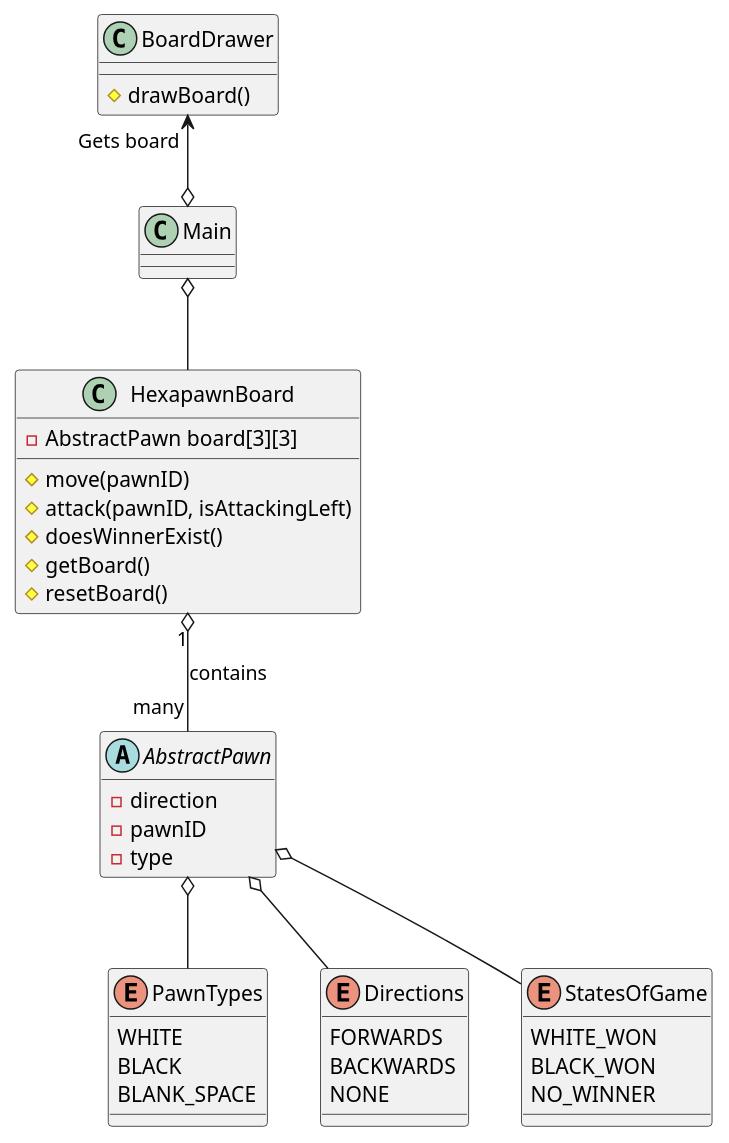
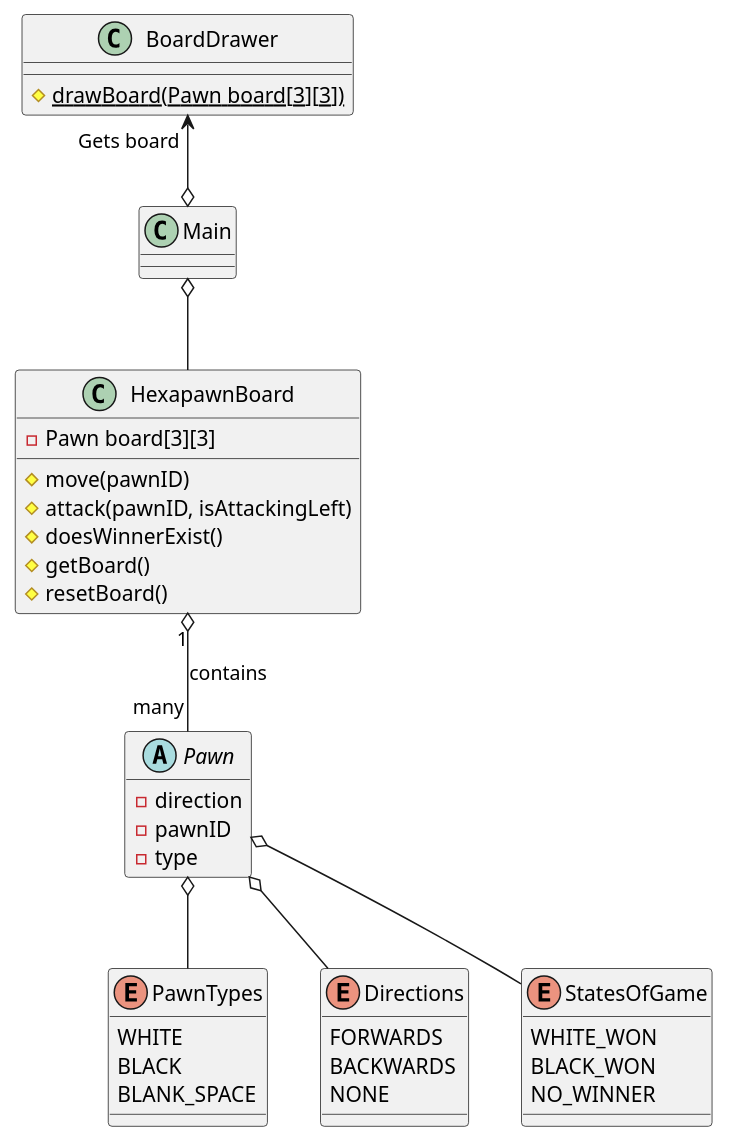
Before and after one commit to builderJP/hexapawn: the diagram in src/HexapawnClassDiagram.puml, drawn with PlantUML.

Commit message:
Docs: Updated UML Diagram

```diff
--- a/src/HexapawnClassDiagram.puml
+++ b/src/HexapawnClassDiagram.puml
@@ -1,73 +1,73 @@
 @startuml
 'https://plantuml.com/class-diagram
 
 
-abstract class AbstractPawn{
+abstract class Pawn{
     - direction
     - {field} pawnID
     - type
     attack(isAttackingLeft)
     move()
 }
 
 class PlayerPawn{
     direction = up
     # pawnID = 1, 2, or 3
     type = PLAYER
 }
 
 class AIPawn{
     direction = down
     # pawnID = -1, -2, or -3
     type = AI
 }
 
 class HexapawnBoard{
-    - AbstractPawn board[3][3]
+    - Pawn board[3][3]
     # move(pawnID)
     # attack(pawnID, isAttackingLeft)
     # doesWinnerExist()
     # getBoard()
     # resetBoard()
 }
 
 class BoardDrawer{
-    # drawBoard()
+    # {static} drawBoard(Pawn board[3][3])
 }
 
 class Main{
 
 }
 
 enum PawnTypes{
     WHITE
     BLACK
     BLANK_SPACE
 }
 
 enum Directions{
     FORWARDS
     BACKWARDS
     NONE
 }
 
 enum StatesOfGame{
     WHITE_WON
     BLACK_WON
     NO_WINNER
 }
 
-AbstractPawn o-- PawnTypes
-AbstractPawn o-- Directions
-AbstractPawn o-- StatesOfGame
+Pawn o-- PawnTypes
+Pawn o-- Directions
+Pawn o-- StatesOfGame
 BoardDrawer "Gets board" <--o Main
 Main o-- HexapawnBoard
-HexapawnBoard "1" o-- "many" AbstractPawn : contains
-AbstractPawn <|-- PlayerPawn
-AbstractPawn <|-- AIPawn
+HexapawnBoard "1" o-- "many" Pawn : contains
+Pawn <|-- PlayerPawn
+Pawn <|-- AIPawn
 
 hide PlayerPawn
 hide AIPawn
-hide AbstractPawn methods
+hide Pawn methods
 
 @enduml
```
